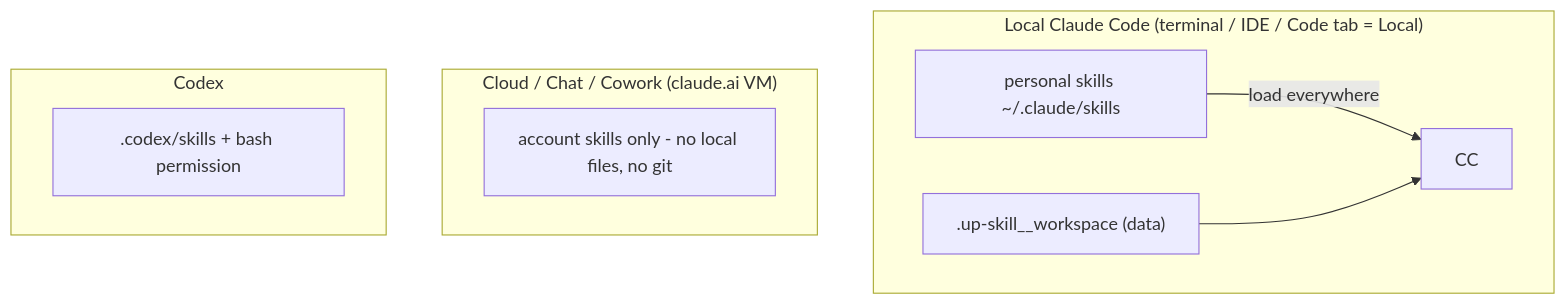
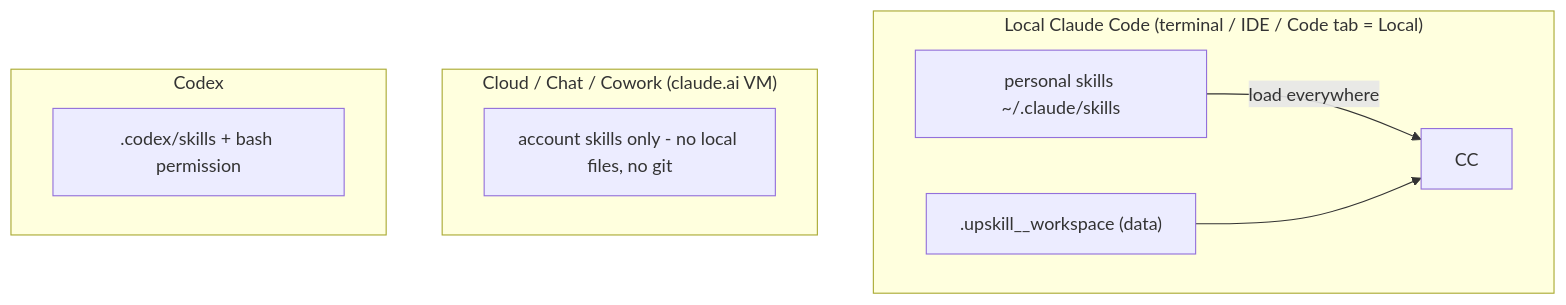
Before and after one commit to mingzilla/up-skill: the second of 4 diagrams in _system/l2_share_skills/design.md, drawn with Mermaid. The commit also changed other lines of this file and 31 other files, not shown here.

````diff
--- a/_system/l2_share_skills/design.md
+++ b/_system/l2_share_skills/design.md
@@ -64,13 +64,13 @@
 ```mermaid
 flowchart TB
     subgraph LOCAL["Local Claude Code (terminal / IDE / Code tab = Local)"]
         GS["personal skills ~/.claude/skills"] -->|load everywhere| CC
-        WS[".up-skill__workspace (data)"] --> CC
+        WS[".upskill__workspace (data)"] --> CC
     end
     subgraph CLOUD["Cloud / Chat / Cowork (claude.ai VM)"]
         note["account skills only - no local files, no git"]
     end
     subgraph CODEX["Codex"]
         CX[".codex/skills + bash permission"]
     end
 ```
````
